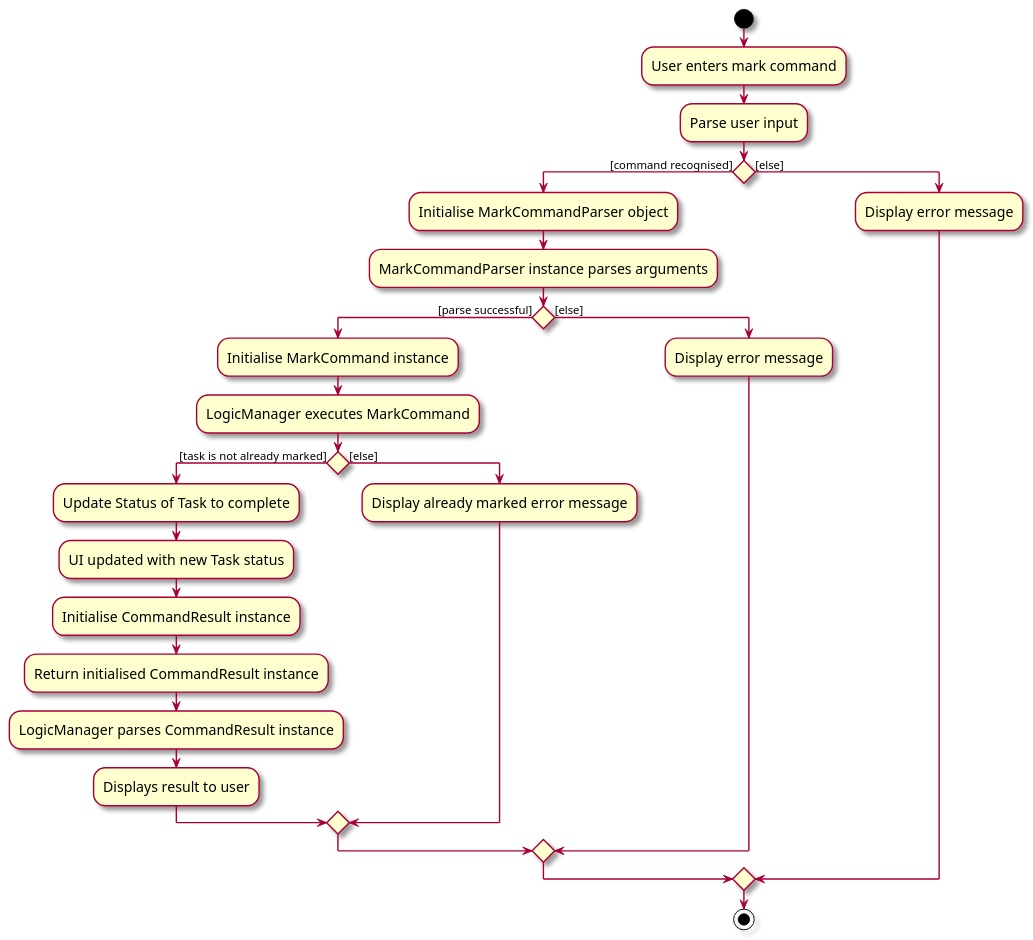
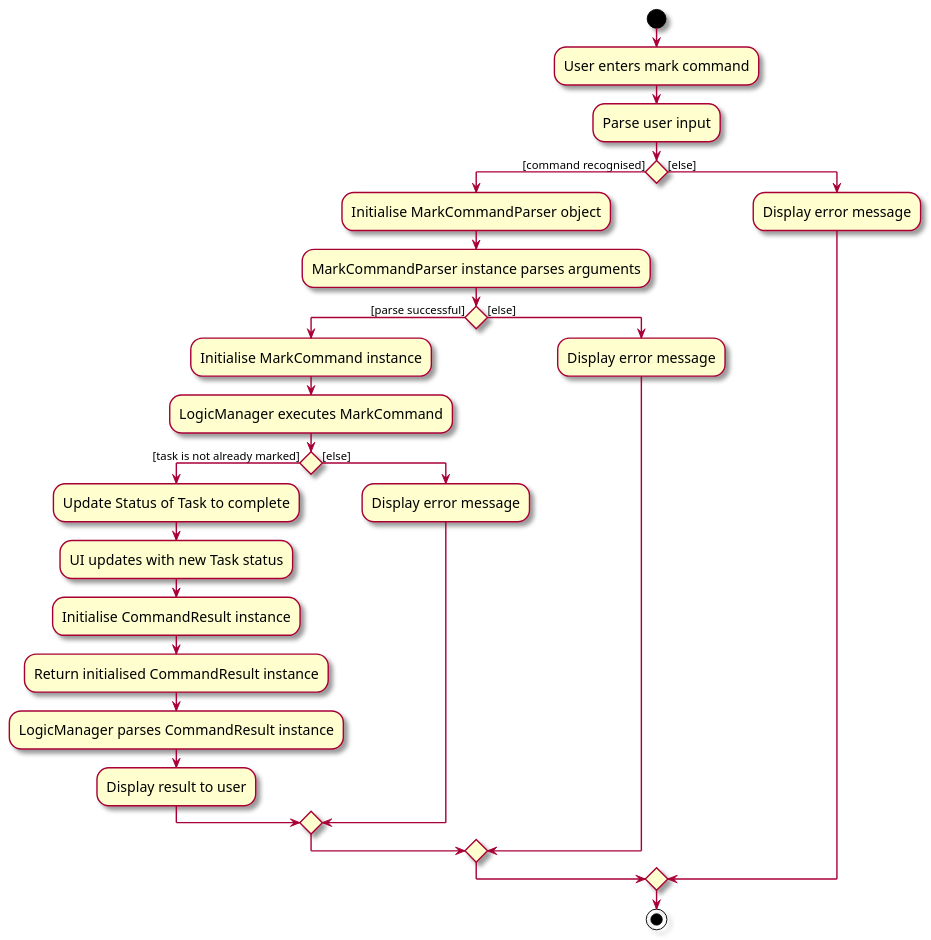
The diagram in docs/diagrams/MarkActivityDiagram.puml (seantehds/tp), drawn with PlantUML before and after one commit. The commit also changed 5 other files, not shown here.

Commit message:
Change diagrams to match rest of group

```diff
--- a/docs/diagrams/MarkActivityDiagram.puml
+++ b/docs/diagrams/MarkActivityDiagram.puml
@@ -1,37 +1,37 @@
 @startuml
 skin rose
 skinparam ActivityFontSize 15
 skinparam ArrowFontSize 12
 start
 :User enters mark command;
 
 'Since the beta syntax does not support placing the condition outside the
 'diamond we place it as the true branch instead.
 
 :Parse user input;
 
 if () then ([command recognised])
     :Initialise MarkCommandParser object;
     :MarkCommandParser instance parses arguments;
     if () then ([parse successful])
         :Initialise MarkCommand instance;
         :LogicManager executes MarkCommand;
         if () then ([task is not already marked])
             :Update Status of Task to complete;
-            :UI updated with new Task status;
+            :UI updates with new Task status;
             :Initialise CommandResult instance;
             :Return initialised CommandResult instance;
             :LogicManager parses CommandResult instance;
-            :Displays result to user;
+            :Display result to user;
         else ([else])
-            :Display already marked error message;
+            :Display error message;
         endif
     else ([else])
         :Display error message;
     endif
 else ([else])
 :Display error message;
 endif
 stop
 
 @enduml
```
